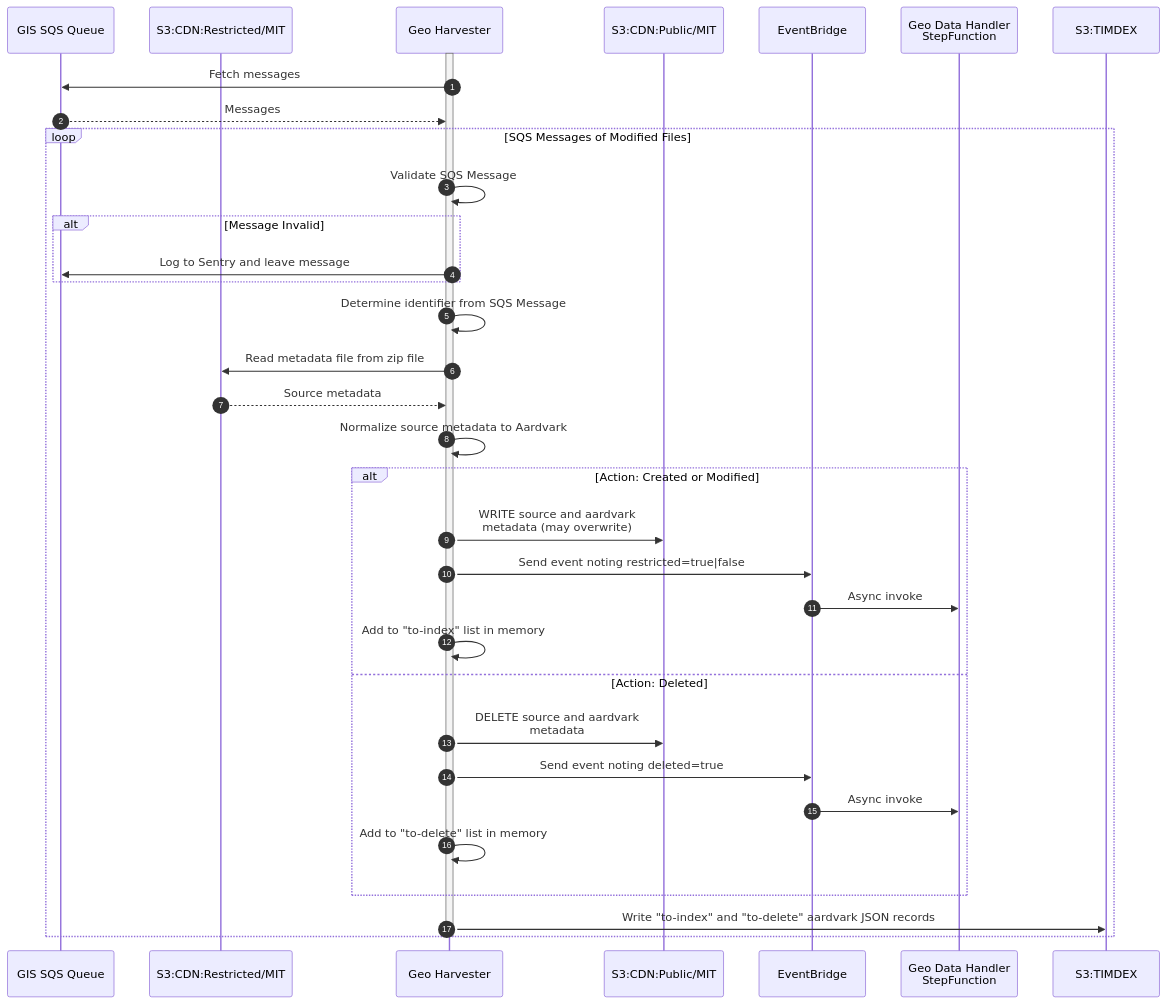
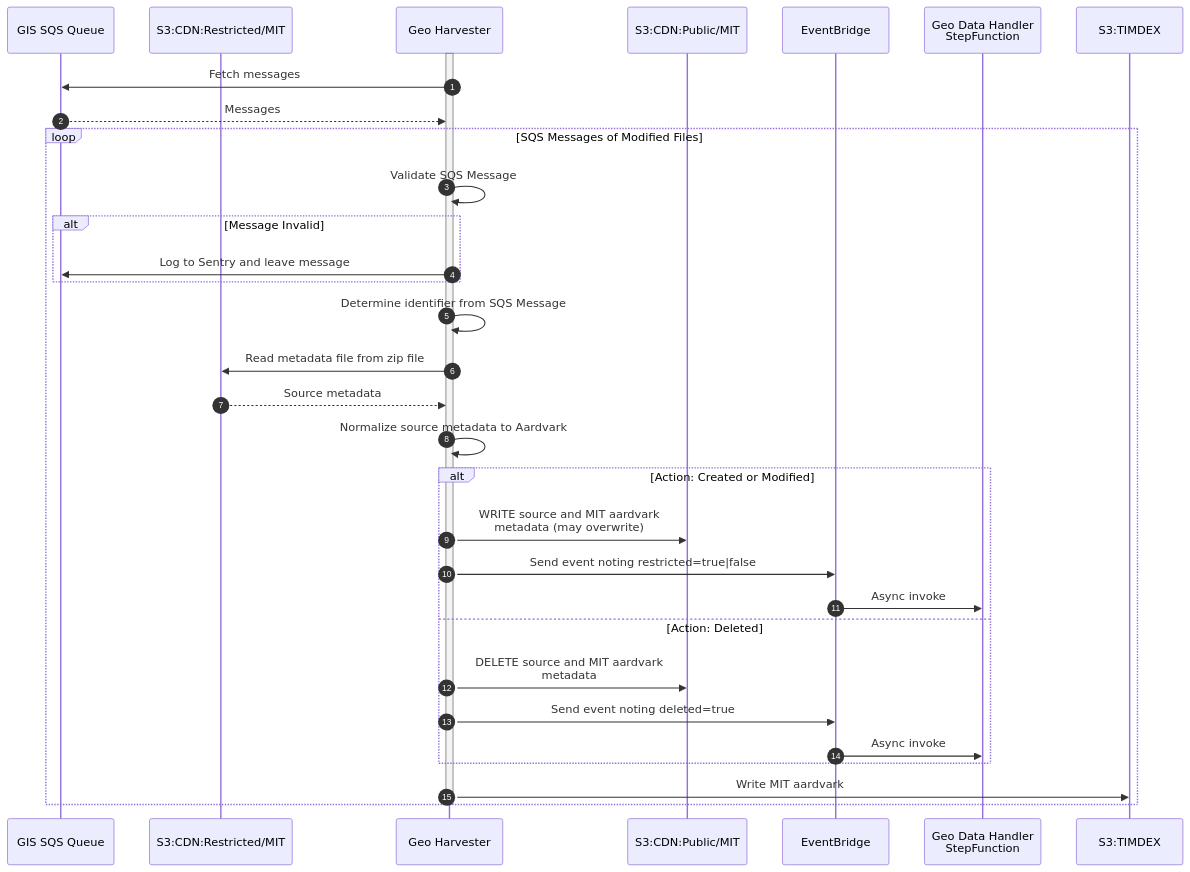
One commit to MITLibraries/geo-harvester changed the second of 3 diagrams in docs/mit_harvests.md. Above: the diagram before and after it, drawn with Mermaid. The commit also changed other lines of this file and 2 other files, not shown here.

Commit message:
update docs for Records and anticipate iterators

````diff
--- a/docs/mit_harvests.md
+++ b/docs/mit_harvests.md
@@ -29,39 +29,37 @@
 ```mermaid
 sequenceDiagram
     autonumber
     participant sqs_queue as GIS SQS Queue
     participant s3_cdn_rest as S3:CDN:Restricted/MIT
     participant geo_harv as Geo Harvester
     participant s3_cdn_pub as S3:CDN:Public/MIT
     participant eb as EventBridge
     participant geo_data_sf as Geo Data Handler <br> StepFunction
     participant s3_timdex as S3:TIMDEX
     
     activate geo_harv
     geo_harv->>sqs_queue: Fetch messages
     sqs_queue-->>geo_harv: Messages
     loop SQS Messages of Modified Files
         geo_harv->>geo_harv: Validate SQS Message
         alt Message Invalid
             geo_harv->>sqs_queue: Log to Sentry and leave message
         end
         geo_harv->>geo_harv: Determine identifier from SQS Message
         geo_harv->>s3_cdn_rest: Read metadata file from zip file
         s3_cdn_rest-->>geo_harv: Source metadata        
         geo_harv->>geo_harv: Normalize source metadata to Aardvark
         
         alt Action: Created or Modified
-            geo_harv->>s3_cdn_pub: WRITE source and aardvark <br> metadata (may overwrite)        
+            geo_harv->>s3_cdn_pub: WRITE source and MIT aardvark <br> metadata (may overwrite)        
             geo_harv->>eb: Send event noting restricted=true|false
             eb->>geo_data_sf: Async invoke
-            geo_harv->>geo_harv: Add to "to-index" list in memory
         else Action: Deleted
-            geo_harv->>s3_cdn_pub: DELETE source and aardvark <br> metadata
+            geo_harv->>s3_cdn_pub: DELETE source and MIT aardvark <br> metadata
             geo_harv->>eb: Send event noting deleted=true
             eb->>geo_data_sf: Async invoke
-            geo_harv->>geo_harv: Add to "to-delete" list in memory
         end
-        geo_harv->>s3_timdex: Write "to-index" and "to-delete" aardvark JSON records
+        geo_harv->>s3_timdex: Write MIT aardvark
     end
     deactivate geo_harv
 ```
````
